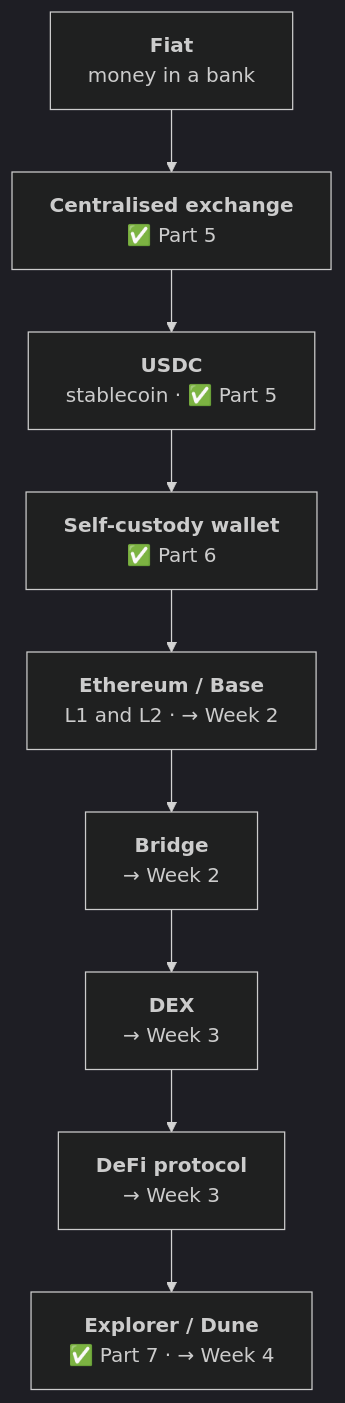
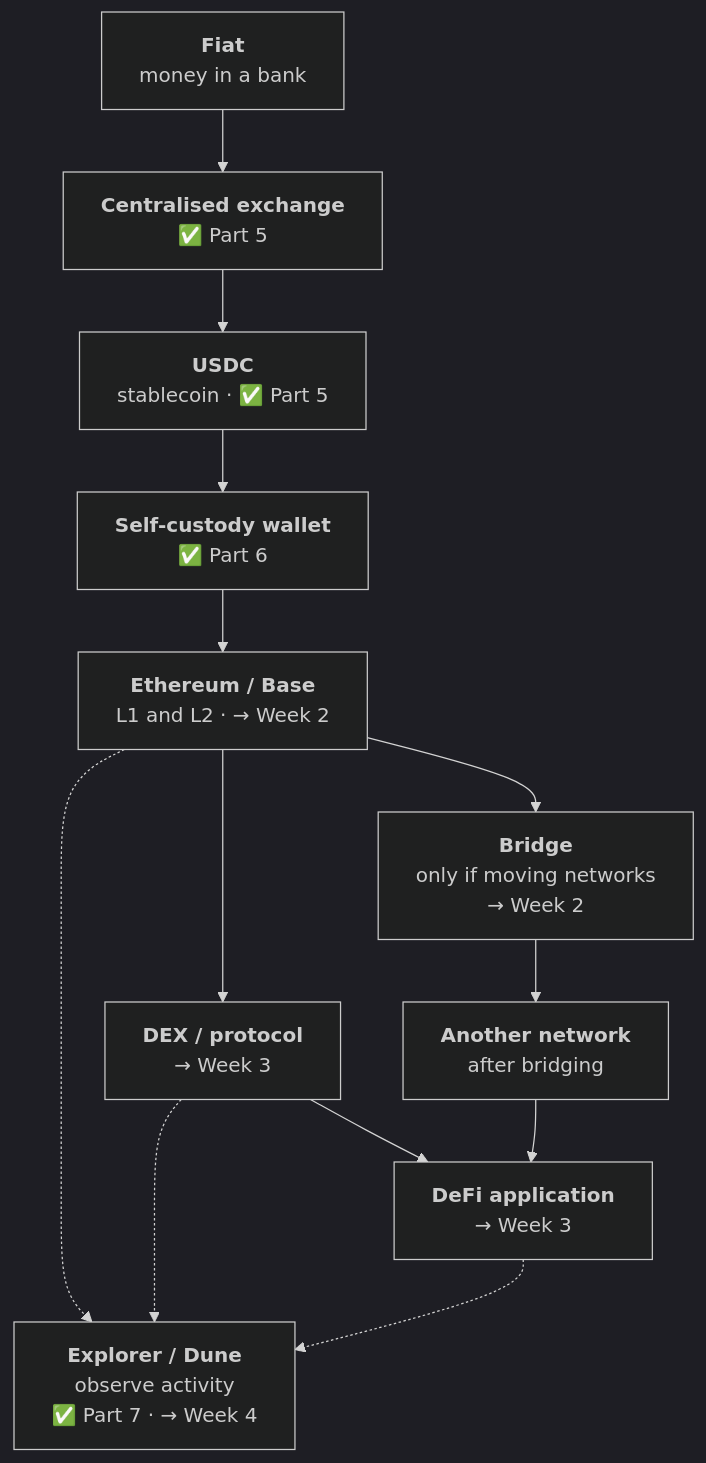
Before and after one commit to Blockchain-NTU-SG/academy-handbook: the diagram in docs/foundation/week-1/part-8-the-user-journey.md, drawn with Mermaid (dark theme). The commit also changed other lines of this file and 12 other files, not shown here.

````diff
--- a/docs/foundation/week-1/part-8-the-user-journey.md
+++ b/docs/foundation/week-1/part-8-the-user-journey.md
@@ -52,13 +56,19 @@
 ```mermaid
 flowchart TD
   F["<b>Fiat</b><br/>money in a bank"]
   C["<b>Centralised exchange</b><br/>✅ Part 5"]
   U["<b>USDC</b><br/>stablecoin · ✅ Part 5"]
   W["<b>Self-custody wallet</b><br/>✅ Part 6"]
   E["<b>Ethereum / Base</b><br/>L1 and L2 · → Week 2"]
-  B["<b>Bridge</b><br/>→ Week 2"]
-  D["<b>DEX</b><br/>→ Week 3"]
-  P["<b>DeFi protocol</b><br/>→ Week 3"]
-  X["<b>Explorer / Dune</b><br/>✅ Part 7 · → Week 4"]
-  F --> C --> U --> W --> E --> B --> D --> P --> X
+  B["<b>Bridge</b><br/>only if moving networks<br/>→ Week 2"]
+  D["<b>DEX / protocol</b><br/>→ Week 3"]
+  P["<b>DeFi application</b><br/>→ Week 3"]
+  E2["<b>Another network</b><br/>after bridging"]
+  X["<b>Explorer / Dune</b><br/>observe activity<br/>✅ Part 7 · → Week 4"]
+  F --> C --> U --> W --> E
+  E --> D --> P
+  E --> B --> E2 --> P
+  E -.-> X
+  D -.-> X
+  P -.-> X
 ```
````
